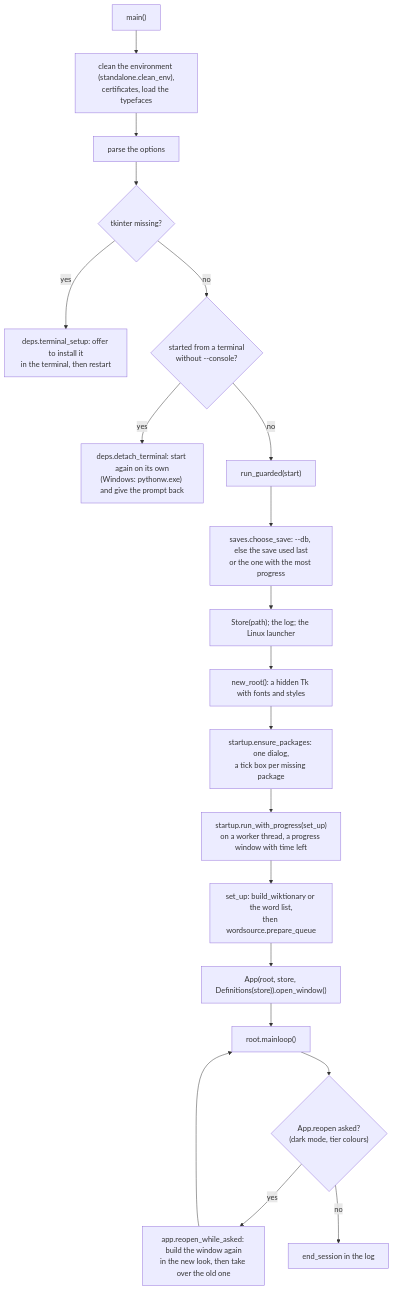
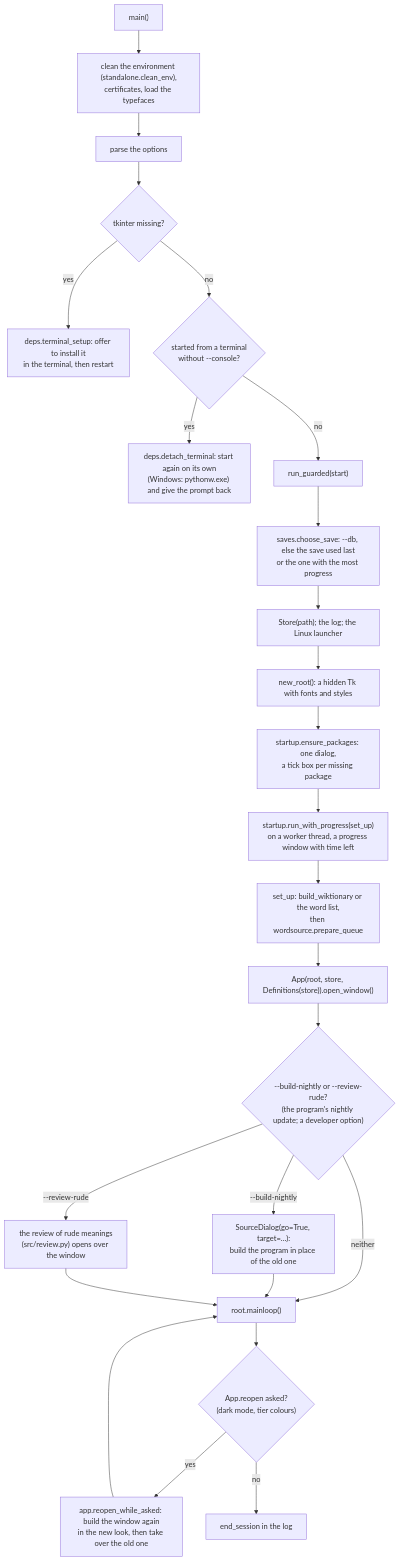
One commit to kiva-mccr/Word-Tierlister changed the third of 13 diagrams in DEVELOPERS.md. Above: the diagram before and after it, drawn with Mermaid. The commit also changed other lines of this file and 3 other files, not shown here.

First line of the commit message:
Docs: bring the guides and charts up to date with #36-#47

````diff
--- a/DEVELOPERS.md
+++ b/DEVELOPERS.md
@@ -140,21 +146,26 @@
 ```mermaid
 flowchart TB
     A["main()"] --> B["clean the environment (standalone.clean_env),<br/>certificates, load the typefaces"]
     B --> C["parse the options"]
     C --> D{"tkinter missing?"}
     D -- yes --> D1["deps.terminal_setup: offer to install it<br/>in the terminal, then restart"]
     D -- no --> E{"started from a terminal<br/>without --console?"}
     E -- yes --> E1["deps.detach_terminal: start again on its own<br/>(Windows: pythonw.exe) and give the prompt back"]
     E -- no --> F["run_guarded(start)"]
     F --> G["saves.choose_save: --db, else the save used last<br/>or the one with the most progress"]
     G --> H["Store(path); the log; the Linux launcher"]
     H --> I["new_root(): a hidden Tk with fonts and styles"]
     I --> J["startup.ensure_packages: one dialog,<br/>a tick box per missing package"]
     J --> K["startup.run_with_progress(set_up)<br/>on a worker thread, a progress window with time left"]
     K --> K1["set_up: build_wiktionary or the word list,<br/>then wordsource.prepare_queue"]
     K1 --> L["App(root, store, Definitions(store)).open_window()"]
-    L --> M["root.mainloop()"]
+    L --> L1{"--build-nightly or --review-rude?<br/>(the program's nightly update; a developer option)"}
+    L1 -- "--build-nightly" --> L2["SourceDialog(go=True, target=...):<br/>build the program in place of the old one"]
+    L1 -- "--review-rude" --> L3["the review of rude meanings<br/>(src/review.py) opens over the window"]
+    L1 -- neither --> M["root.mainloop()"]
+    L2 --> M
+    L3 --> M
     M --> N{"App.reopen asked?<br/>(dark mode, tier colours)"}
     N -- yes --> I2["app.reopen_while_asked: build the window again<br/>in the new look, then take over the old one"] --> M
     N -- no --> O["end_session in the log"]
 ```
````
